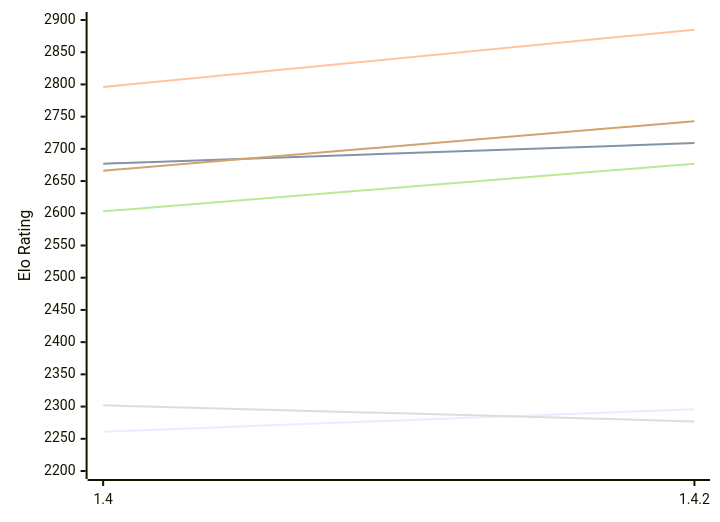
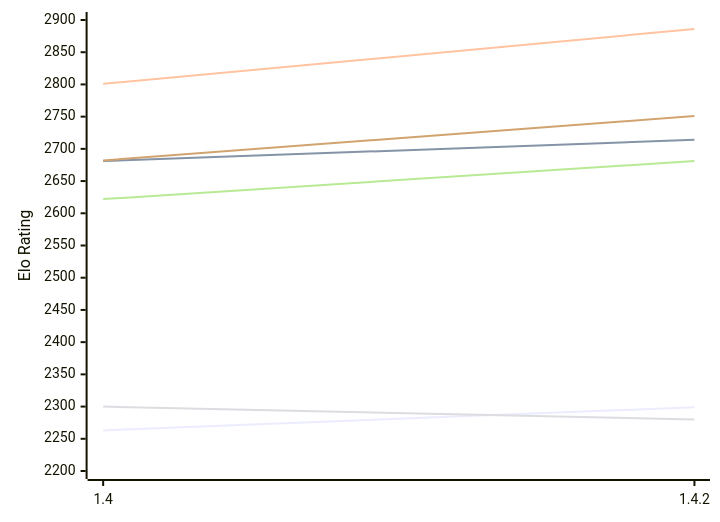
One commit to computer-chess-index/cci changed the first of 2 diagrams in engines/Spike.md. Above: the diagram before and after it, drawn with Mermaid. The commit also changed other lines of this file, not shown here.

Commit message:
Update CCI Ratings (ELO VLTC) - 2026-11-20

````diff
--- a/engines/Spike.md
+++ b/engines/Spike.md
@@ -50,12 +50,12 @@
 ```mermaid
 %%{init: {"theme":"base","themeVariables":{"seriesColors:['#a3a3a3','#222221','#faa371']}}}%%
 xychart-beta
   x-axis ["1.4", "1.4.2"]
   y-axis "Elo Rating" 2200 --> 2900
-  line "E1: STC (8.0+0.08s)" [2261, 2296]
-  line "E1: LTC (60.0+0.60s)" [2677, 2709]
-  line "E1: VLTC (2m24s+1.12s)" [2796, 2885]
-  line "P1: STC (8.0+0.08s)" [2302, 2277]
-  line "P1: LTC (60.0+0.60s)" [2603, 2677]
-  line "P1: VLTC (2m24s+1.12s)" [2666, 2743]
+  line "E1: STC (8.0+0.08s)" [2263, 2299]
+  line "E1: LTC (60.0+0.60s)" [2681, 2714]
+  line "E1: VLTC (2m24s+1.12s)" [2801, 2886]
+  line "P1: STC (8.0+0.08s)" [2300, 2280]
+  line "P1: LTC (60.0+0.60s)" [2622, 2681]
+  line "P1: VLTC (2m24s+1.12s)" [2682, 2751]
 ```
````
